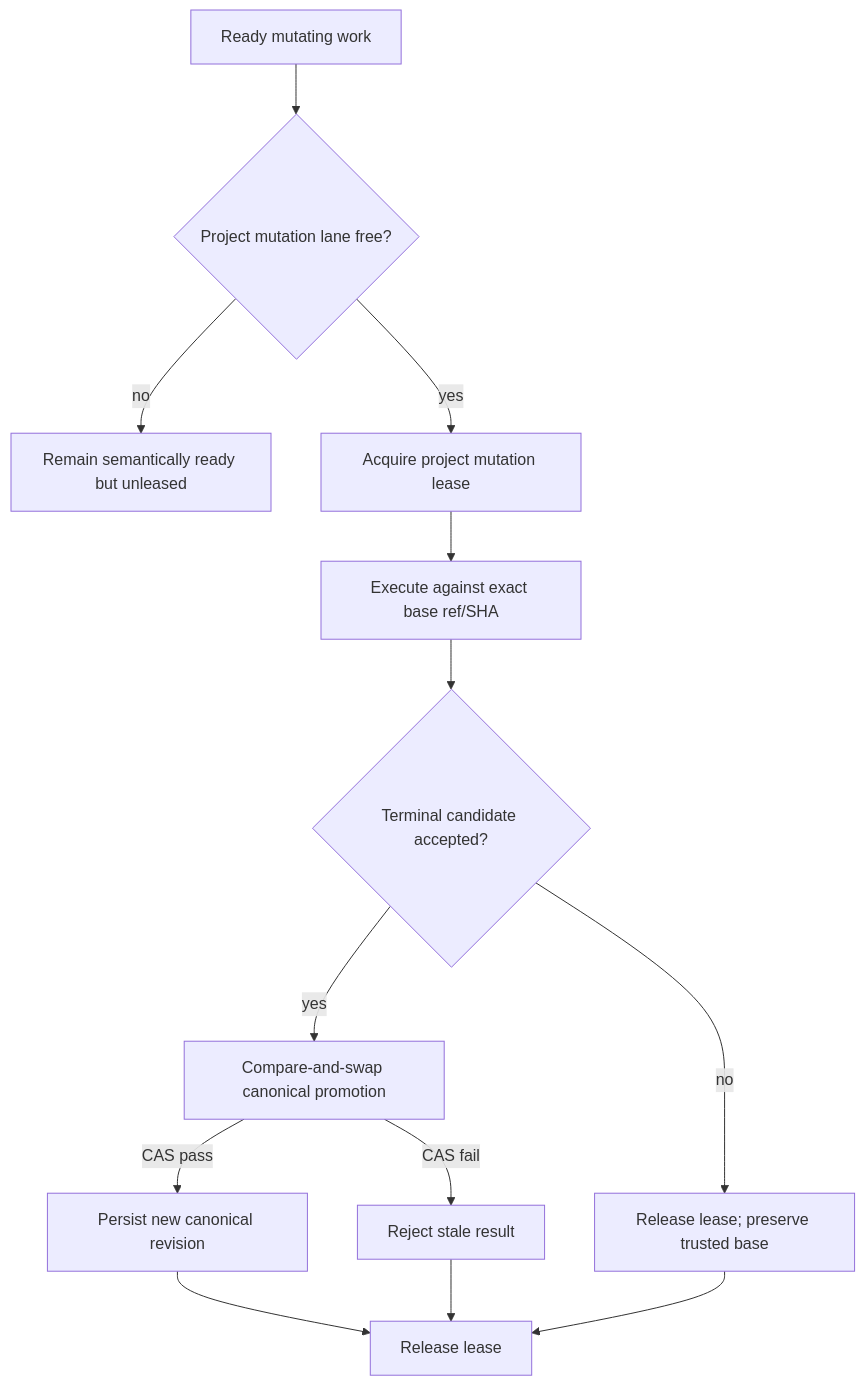
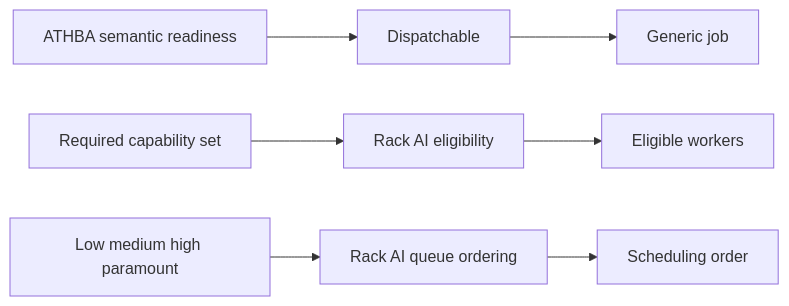
Before and after one commit to Tommyboyjedi/ATHBA: the ninth of 13 diagrams in docs/pr23_worker_routing_state_machines.md, drawn with Mermaid. The commit also changed other lines of this file, not shown here.

Commit message:
docs: redraw routing state machines around generic connector

````diff
--- a/docs/pr23_worker_routing_state_machines.md
+++ b/docs/pr23_worker_routing_state_machines.md
@@ -168,15 +205,9 @@
 ```mermaid
-flowchart TD
-    A[Ready mutating work] --> B{Project mutation lane free?}
-    B -->|no| C[Remain semantically ready but unleased]
-    B -->|yes| D[Acquire project mutation lease]
-    D --> E[Execute against exact base ref/SHA]
-    E --> F{Terminal candidate accepted?}
-    F -->|no| G[Release lease; preserve trusted base]
-    F -->|yes| H[Compare-and-swap canonical promotion]
-    H -->|CAS pass| I[Persist new canonical revision]
-    H -->|CAS fail| J[Reject stale result]
-    I --> K[Release lease]
-    J --> K
-    G --> K
+flowchart LR
+    A[ATHBA semantic readiness] --> D[Dispatchable]
+    B[Required capability set] --> E[Rack AI eligibility]
+    C[Low medium high paramount] --> F[Rack AI queue ordering]
+    D --> G[Generic job]
+    E --> H[Eligible workers]
+    F --> I[Scheduling order]
 ```
````
